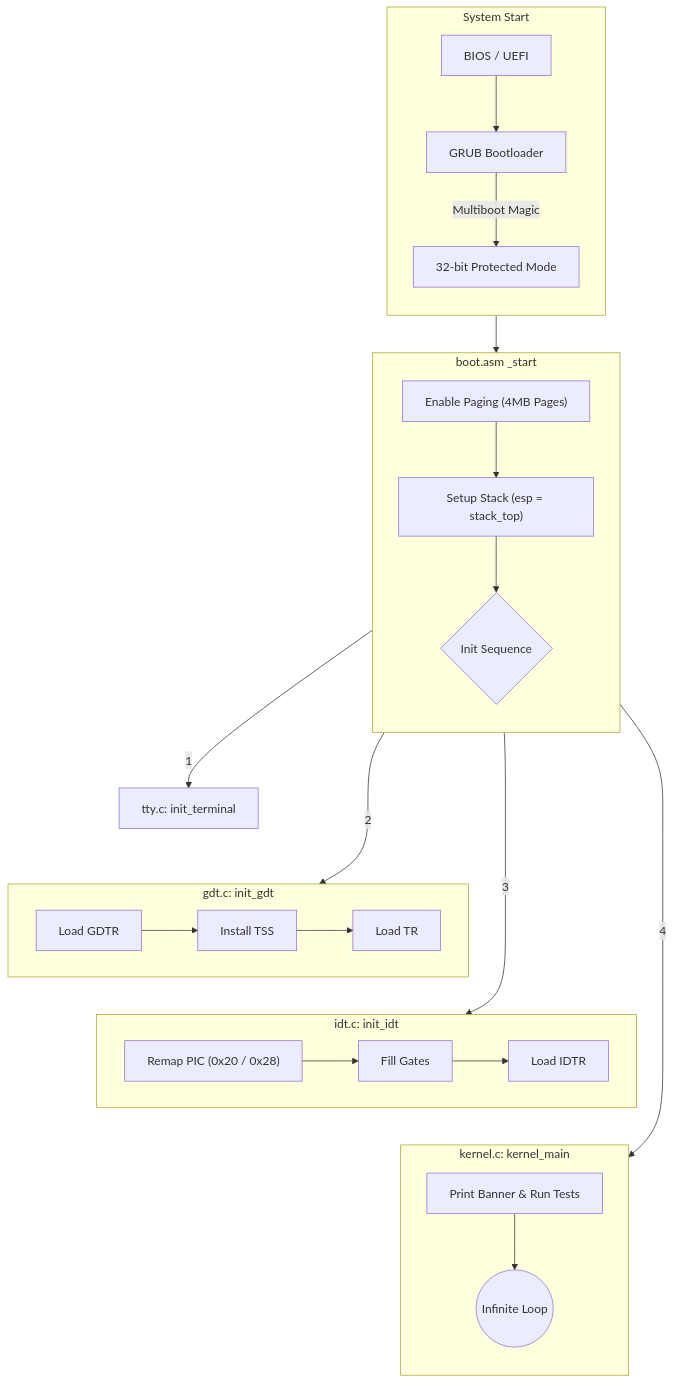
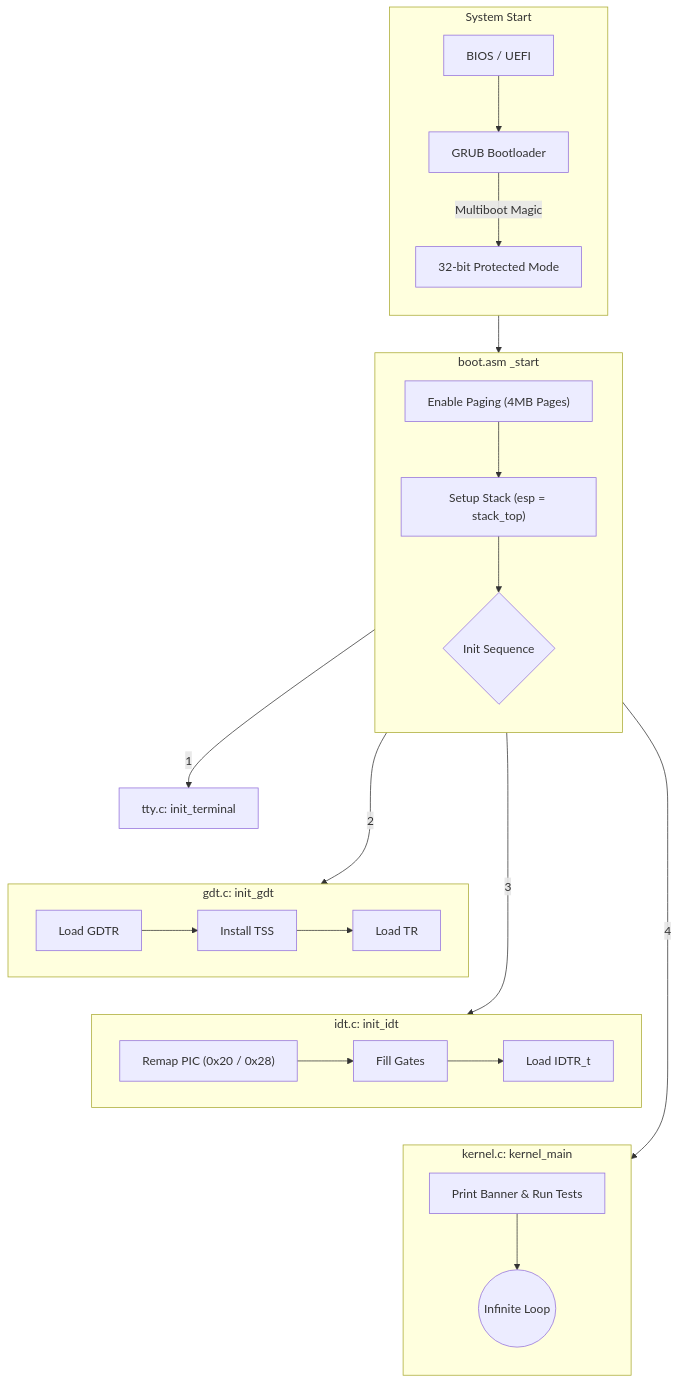
Before and after one commit to SohamTilekar/TilekarOS: the diagram in docs/kernel/boot-and-init.md, drawn with Mermaid. The commit also changed 17 other files, not shown here.

````diff
--- a/docs/kernel/boot-and-init.md
+++ b/docs/kernel/boot-and-init.md
@@ -37,51 +37,51 @@
 ```mermaid
 flowchart TD
     %% --- Hardware / Bootloader ---
     subgraph SystemStart ["System Start"]
         direction TB
         BIOS["BIOS / UEFI"]:::hardware --> GRUB[GRUB Bootloader]:::hardware
         GRUB -- Multiboot Magic --> ProtMode["32-bit Protected Mode"]:::hardware
     end
 
     %% --- Low Level Entry ---
     subgraph BootASM ["boot.asm _start"]
         direction TB
         Paging["Enable Paging (4MB Pages)"]:::asm
         Stack["Setup Stack (esp = stack_top)"]:::asm
         Paging --> Stack
         Stack --> InitHub{Init Sequence}:::asm
     end
 
     SystemStart --> BootASM
 
     %% --- Modules ---
     
     %% TTY
     InitHub -- 1 --> TTY["tty.c: init_terminal"]:::c_module
 
     %% GDT
     subgraph GDT_Scope ["gdt.c: init_gdt"]
         direction LR
         G_Ld[Load GDTR]:::c_func --> G_TSS[Install TSS]:::c_func
         G_TSS --> G_TR[Load TR]:::c_func
     end
     InitHub -- 2 --> GDT_Scope
 
     %% IDT
     subgraph IDT_Scope ["idt.c: init_idt"]
         direction LR
         I_PIC["Remap PIC (0x20 / 0x28)"]:::c_func --> I_Fill[Fill Gates]:::c_func
-        I_Fill --> I_Ld[Load IDTR]:::c_func
+        I_Fill --> I_Ld[Load IDTR_t]:::c_func
     end
     InitHub -- 3 --> IDT_Scope
 
     %% Kernel Main
     subgraph Kernel_Scope ["kernel.c: kernel_main"]
         direction TB
         AppLogic["Print Banner & Run Tests"]:::kernel --> Halt((Infinite Loop)):::hardware
     end
     InitHub -- 4 --> Kernel_Scope
 
     %% FORCE LEFT-TO-RIGHT ORDERING
     TTY ~~~ G_Ld ~~~ I_PIC ~~~ AppLogic
 ```
````
